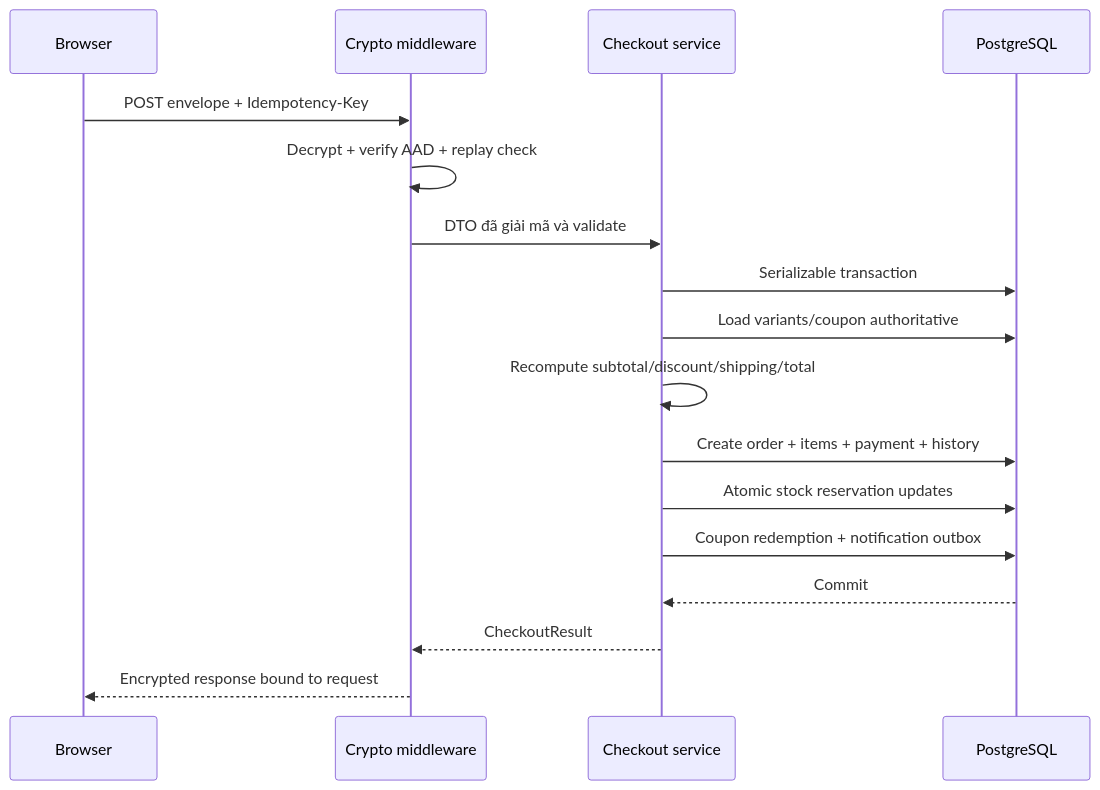
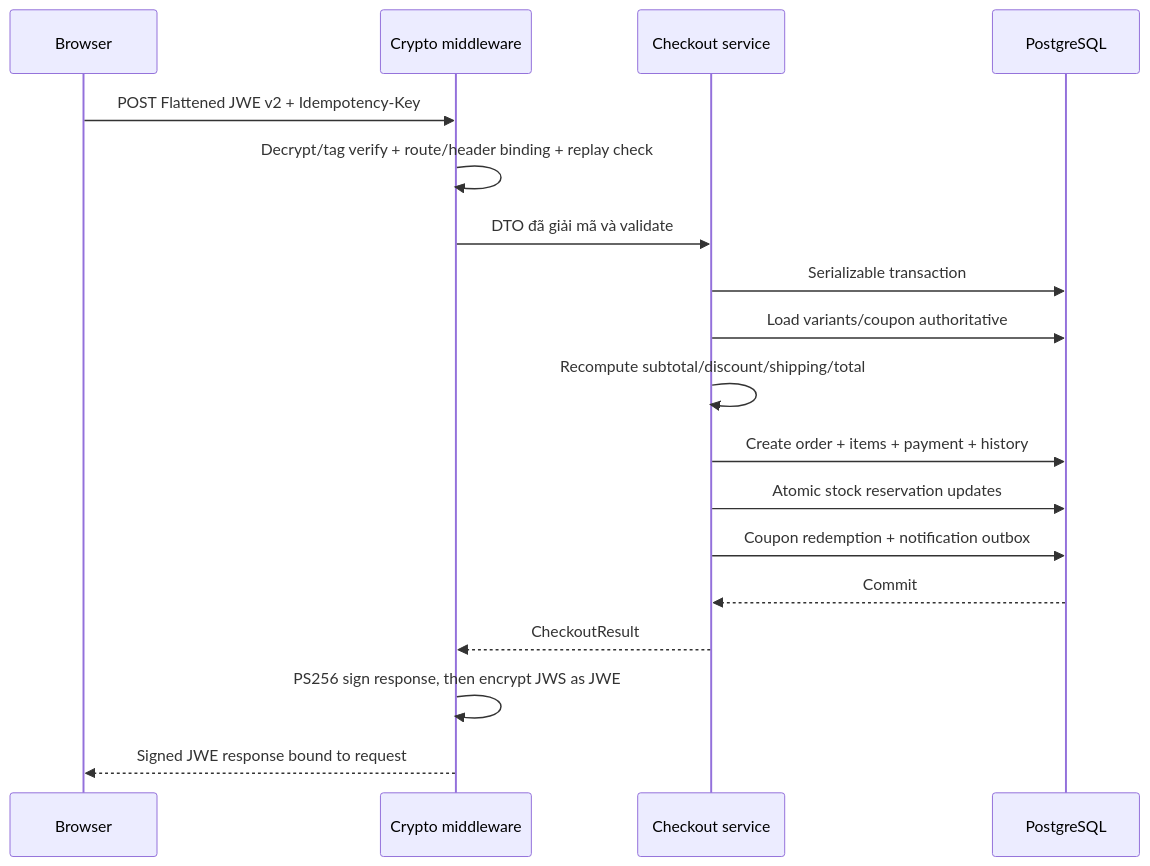
One commit to Jaycelation/Web-Project changed the second of 2 diagrams in docs/ARCHITECTURE.md. Above: the diagram before and after it, drawn with Mermaid. The commit also changed other lines of this file and 93 other files, not shown here.

````diff
--- a/docs/ARCHITECTURE.md
+++ b/docs/ARCHITECTURE.md
@@ -50,20 +50,21 @@
 ```mermaid
 sequenceDiagram
   participant U as Browser
   participant C as Crypto middleware
   participant S as Checkout service
   participant D as PostgreSQL
 
-  U->>C: POST envelope + Idempotency-Key
-  C->>C: Decrypt + verify AAD + replay check
+  U->>C: POST Flattened JWE v2 + Idempotency-Key
+  C->>C: Decrypt/tag verify + route/header binding + replay check
   C->>S: DTO đã giải mã và validate
   S->>D: Serializable transaction
   S->>D: Load variants/coupon authoritative
   S->>S: Recompute subtotal/discount/shipping/total
   S->>D: Create order + items + payment + history
   S->>D: Atomic stock reservation updates
   S->>D: Coupon redemption + notification outbox
   D-->>S: Commit
   S-->>C: CheckoutResult
-  C-->>U: Encrypted response bound to request
+  C->>C: PS256 sign response, then encrypt JWS as JWE
+  C-->>U: Signed JWE response bound to request
 ```
````
